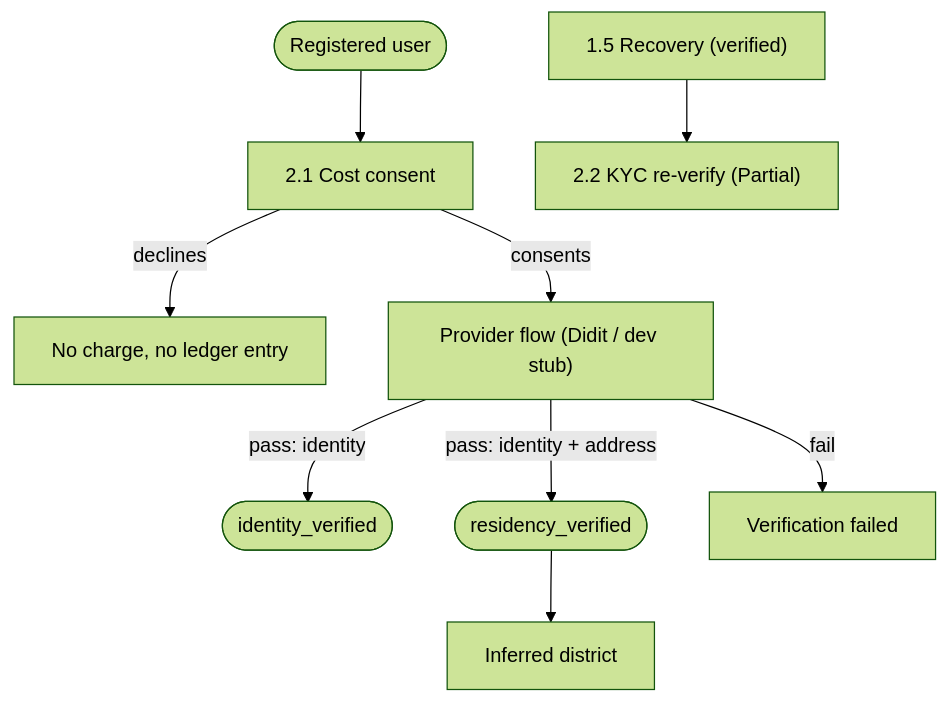
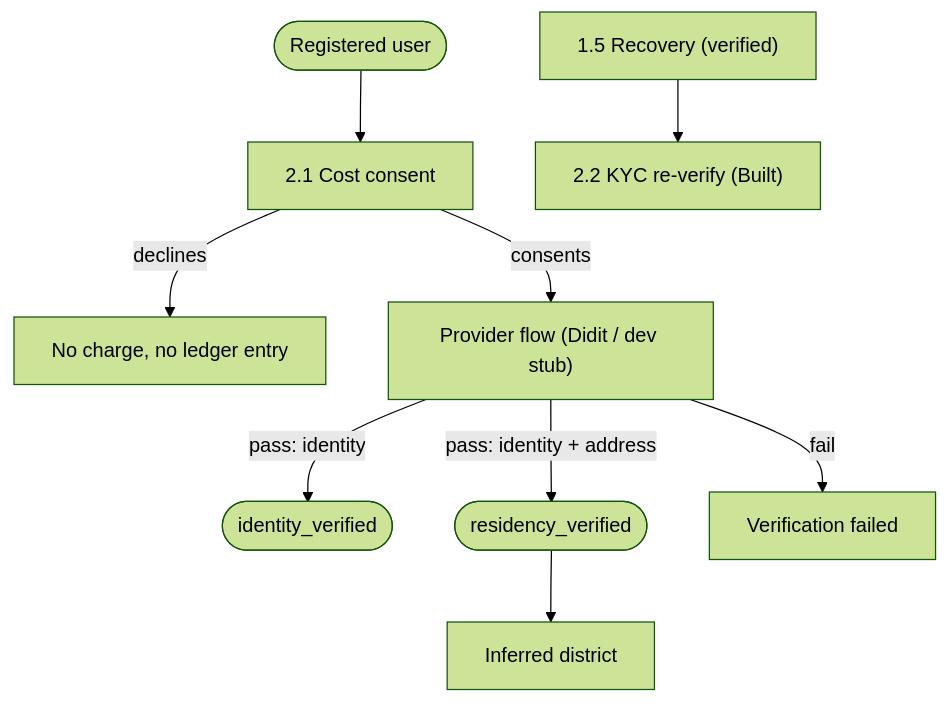
The third of 9 diagrams in docs/11-USER-FLOWS.md (oursay/oursay), drawn with Mermaid (forest theme) before and after one commit. The commit also changed other lines of this file and 3 other files, not shown here.

Commit message:
docs: update docs for didit recovery flow

````diff
--- a/docs/11-USER-FLOWS.md
+++ b/docs/11-USER-FLOWS.md
@@ -285,11 +285,11 @@
 ```mermaid
 flowchart TD
   U(["Registered user"]) --> C["2.1 Cost consent"]
   C -->|"declines"| STOP["No charge, no ledger entry"]
   C -->|"consents"| P["Provider flow (Didit / dev stub)"]
   P -->|"pass: identity"| IV(["identity_verified"])
   P -->|"pass: identity + address"| RV(["residency_verified"])
   P -->|"fail"| F["Verification failed"]
   RV --> D["Inferred district"]
-  REC2["1.5 Recovery (verified)"] --> REV2["2.2 KYC re-verify (Partial)"]
+  REC2["1.5 Recovery (verified)"] --> REV2["2.2 KYC re-verify (Built)"]
 ```
````
